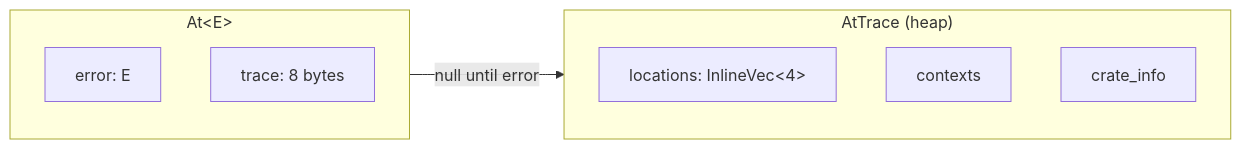
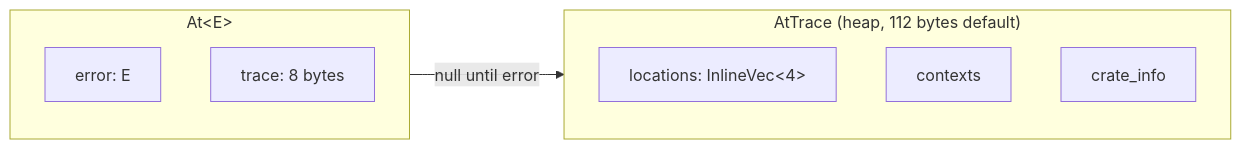
Before and after one commit to lilith/whereat: the first of 2 diagrams in README.md, drawn with Mermaid. The commit also changed other lines of this file, not shown here.

````diff
--- a/README.md
+++ b/README.md
@@ -74,15 +72,15 @@
 ```mermaid
 graph LR
     subgraph "At&lt;E&gt;"
         direction TB
         E["error: E"]
         T["trace: 8 bytes"]
     end
     T -->|"null until error"| Trace
-    subgraph Trace["AtTrace (heap)"]
+    subgraph Trace["AtTrace (heap, 112 bytes default)"]
         direction TB
         L["locations: InlineVec&lt;4&gt;"]
         C["contexts"]
         CI["crate_info"]
     end
 ```
````
